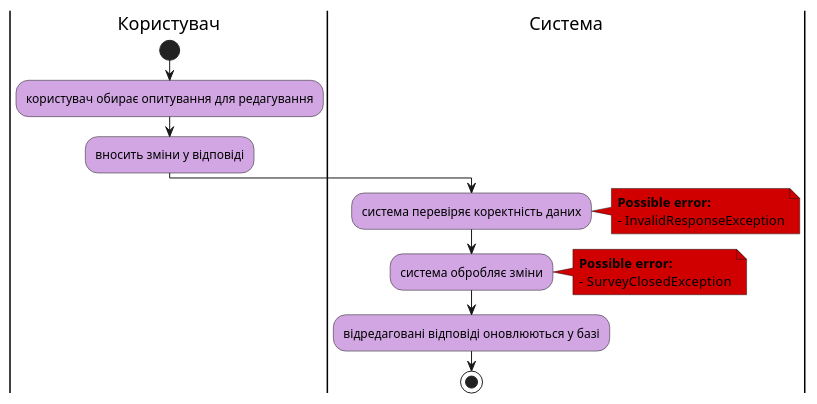
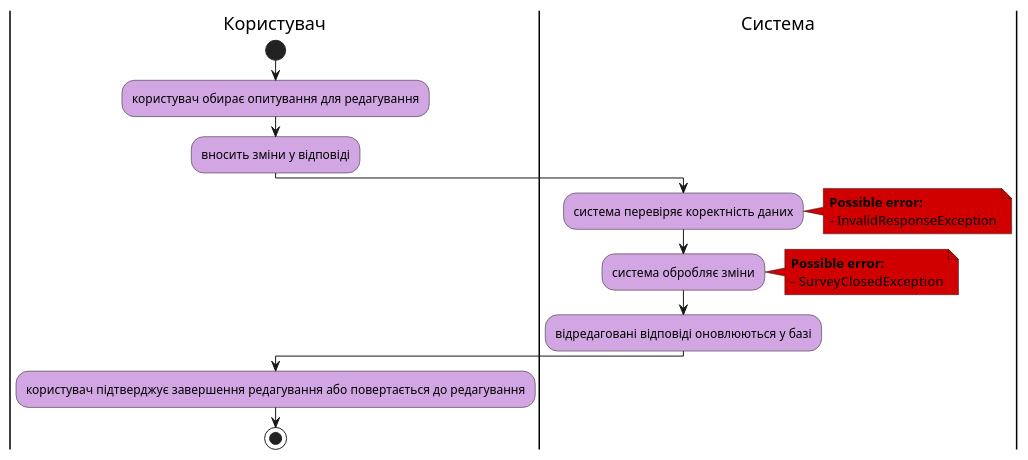
The sixth of 8 diagrams in docs/use cases/README.md (sunnytea0/db_labs_my), drawn with PlantUML before and after one commit. The commit also changed other lines of this file and 1 other file, not shown here.

```diff
--- a/docs/use cases/README.md
+++ b/docs/use cases/README.md
@@ -232,26 +232,28 @@
 @startuml
 
     skinparam ActivityBackgroundColor #d1a6e2
 
     |Користувач|
     start;
     :користувач обирає опитування для редагування;
     :вносить зміни у відповіді;
-
 
     |Система|
     :система перевіряє коректність даних;
     note right #D10000
     <b>Possible error:
     - InvalidResponseException
     end note
     :система обробляє зміни;
     note right #D10000
     <b>Possible error:
     -  SurveyClosedException
     end note
     :відредаговані відповіді оновлюються у базі;
 
+    |Користувач|
+    :користувач підтверджує завершення редагування або повертається до редагування;
+
     stop;
 
 @enduml
```
